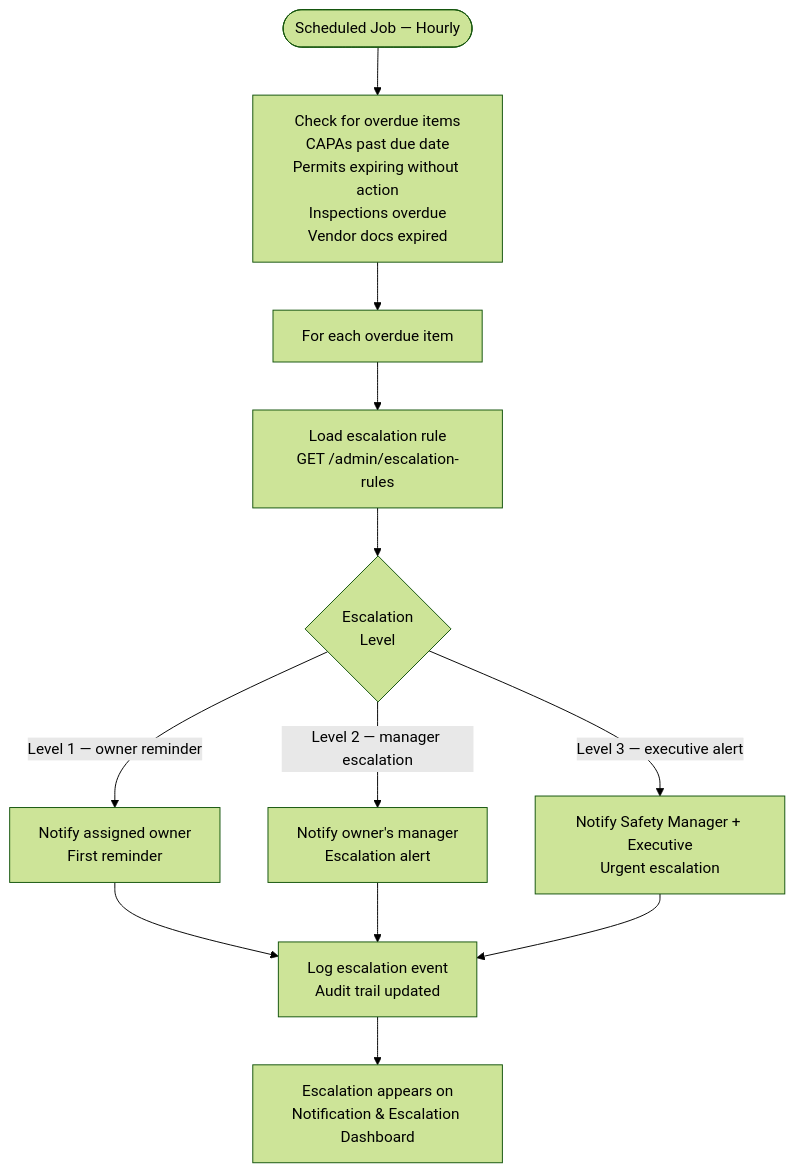
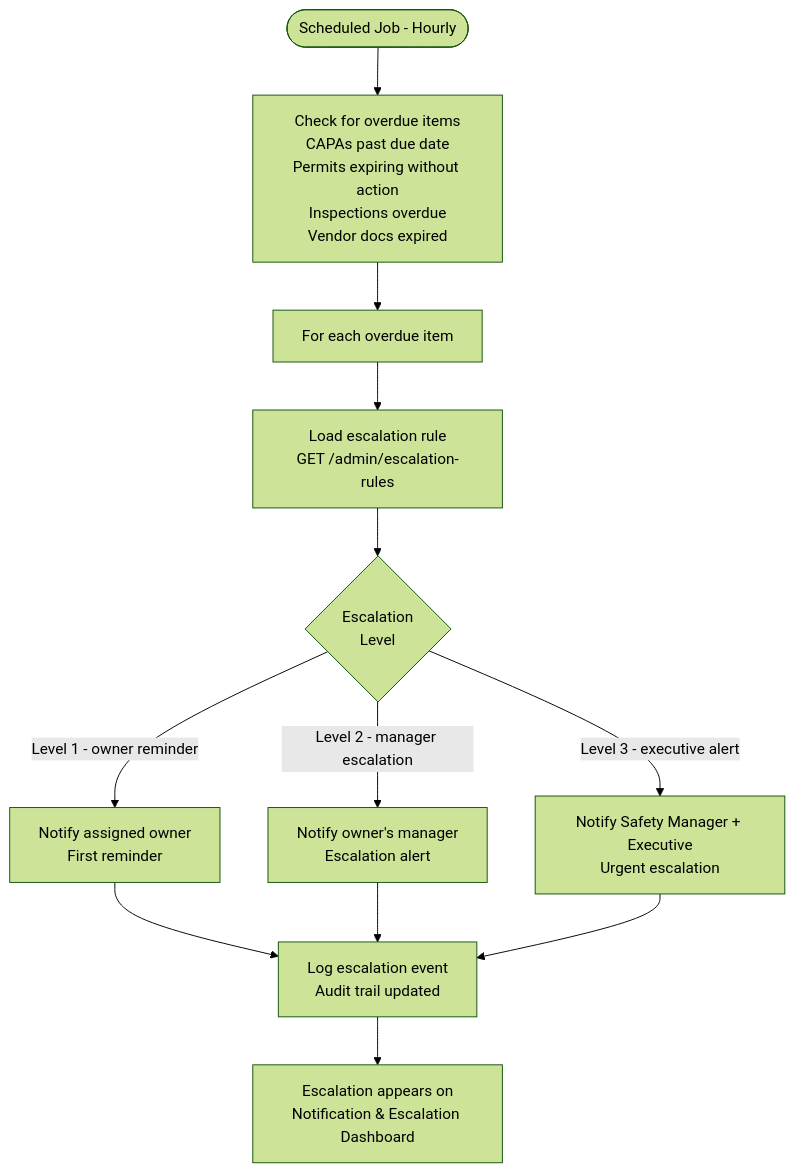
The third of 5 diagrams in docs/diagrams/flows/13_notification_reporting_flow.md (Nandan222001/health_smart_engage), drawn with Mermaid (forest theme) before and after one commit. The commit also changed other lines of this file and 15 other files, not shown here.

First line of the commit message:
fix: repair Mermaid rendering errors across all diagram files

````diff
--- a/docs/diagrams/flows/13_notification_reporting_flow.md
+++ b/docs/diagrams/flows/13_notification_reporting_flow.md
@@ -49,15 +49,15 @@
 ```mermaid
 flowchart TD
-    SCHEDULER([Scheduled Job — Hourly]) --> CHECK_OVERDUE[Check for overdue items\nCAPAs past due date\nPermits expiring without action\nInspections overdue\nVendor docs expired]
+    SCHEDULER([Scheduled Job - Hourly]) --> CHECK_OVERDUE[Check for overdue items\nCAPAs past due date\nPermits expiring without action\nInspections overdue\nVendor docs expired]
 
     CHECK_OVERDUE --> FOR_EACH[For each overdue item]
     FOR_EACH --> ESC_RULE[Load escalation rule\nGET /admin/escalation-rules]
     ESC_RULE --> LEVEL{Escalation\nLevel}
 
-    LEVEL -->|Level 1 — owner reminder| L1[Notify assigned owner\nFirst reminder]
-    LEVEL -->|Level 2 — manager escalation| L2[Notify owner's manager\nEscalation alert]
-    LEVEL -->|Level 3 — executive alert| L3[Notify Safety Manager + Executive\nUrgent escalation]
+    LEVEL -->|Level 1 - owner reminder| L1[Notify assigned owner\nFirst reminder]
+    LEVEL -->|Level 2 - manager escalation| L2[Notify owner's manager\nEscalation alert]
+    LEVEL -->|Level 3 - executive alert| L3[Notify Safety Manager + Executive\nUrgent escalation]
 
     L1 & L2 & L3 --> LOG_ESC[Log escalation event\nAudit trail updated]
     LOG_ESC --> UPDATE_DASH[Escalation appears on\nNotification & Escalation Dashboard]
 ```
````
